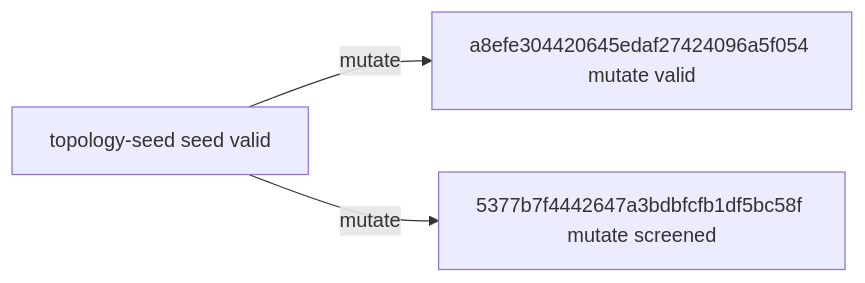
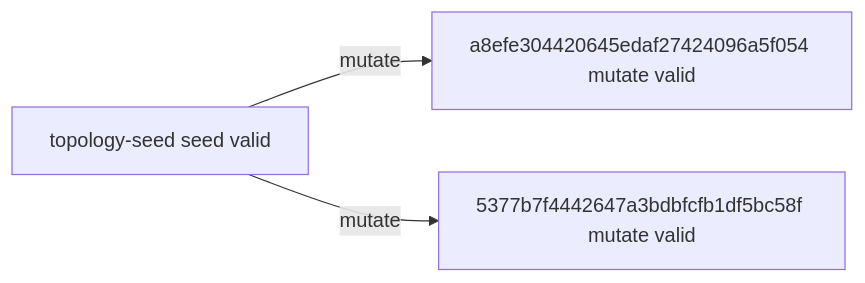
The diagram in experiments/campaigns/astra-group-numerical-v3/README.md (timbtz/feyer-search-lab), drawn with Mermaid before and after one commit. The commit also changed other lines of this file and 7 other files, not shown here.

````diff
--- a/experiments/campaigns/astra-group-numerical-v3/README.md
+++ b/experiments/campaigns/astra-group-numerical-v3/README.md
@@ -21,8 +21,8 @@
 ```mermaid
 graph LR
   n0["topology-seed seed valid"]
   n1["a8efe304420645edaf27424096a5f054 mutate valid"]
-  n2["5377b7f4442647a3bdbfcfb1df5bc58f mutate screened"]
+  n2["5377b7f4442647a3bdbfcfb1df5bc58f mutate valid"]
   n0 -->|mutate| n1
   n0 -->|mutate| n2
 ```
````
